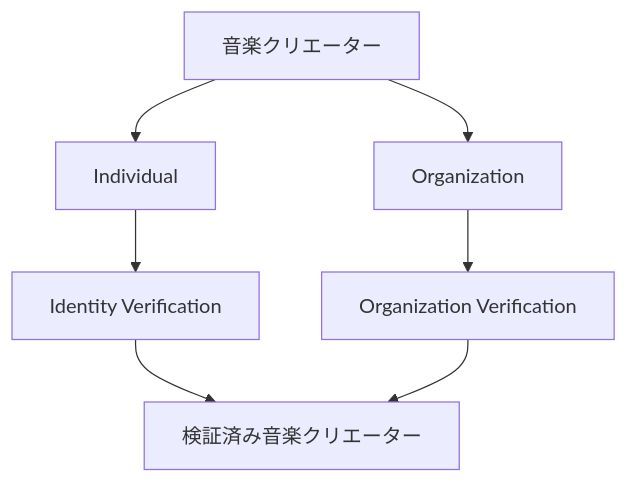
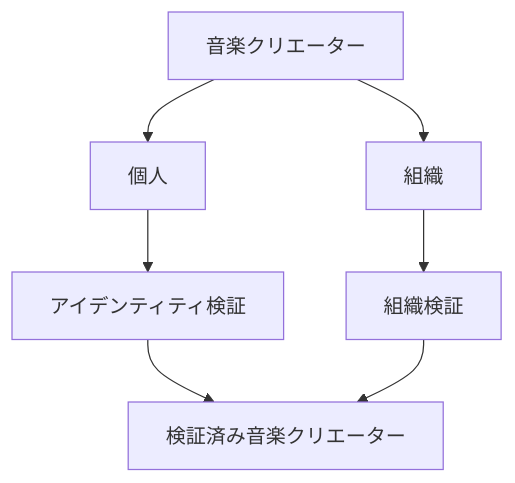
Before and after one commit to ShigeichiroYamasaki/creator-first-platform: the fifth of 29 diagrams in docs/whitepaper/05-creator-onboarding.md, drawn with Mermaid. The commit also changed other lines of this file and 72 other files, not shown here.

````diff
--- a/docs/whitepaper/05-creator-onboarding.md
+++ b/docs/whitepaper/05-creator-onboarding.md
@@ -194,13 +194,13 @@
 ```mermaid
 flowchart TD
     CREATOR[音楽クリエーター]
 
-    CREATOR --> PERSON[Individual]
-    CREATOR --> ORG[Organization]
+    CREATOR --> PERSON[個人]
+    CREATOR --> ORG[組織]
 
-    PERSON --> KYC[Identity Verification]
-    ORG --> KYB[Organization Verification]
+    PERSON --> KYC[アイデンティティ検証]
+    ORG --> KYB[組織検証]
 
     KYC --> VERIFIED[検証済み音楽クリエーター]
     KYB --> VERIFIED
 ```
````
